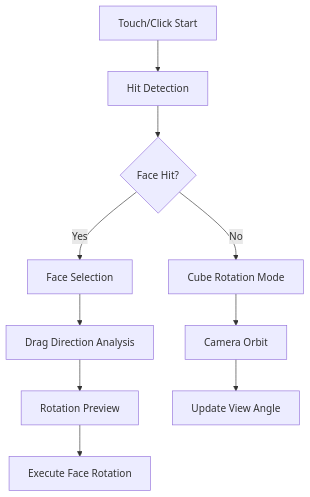
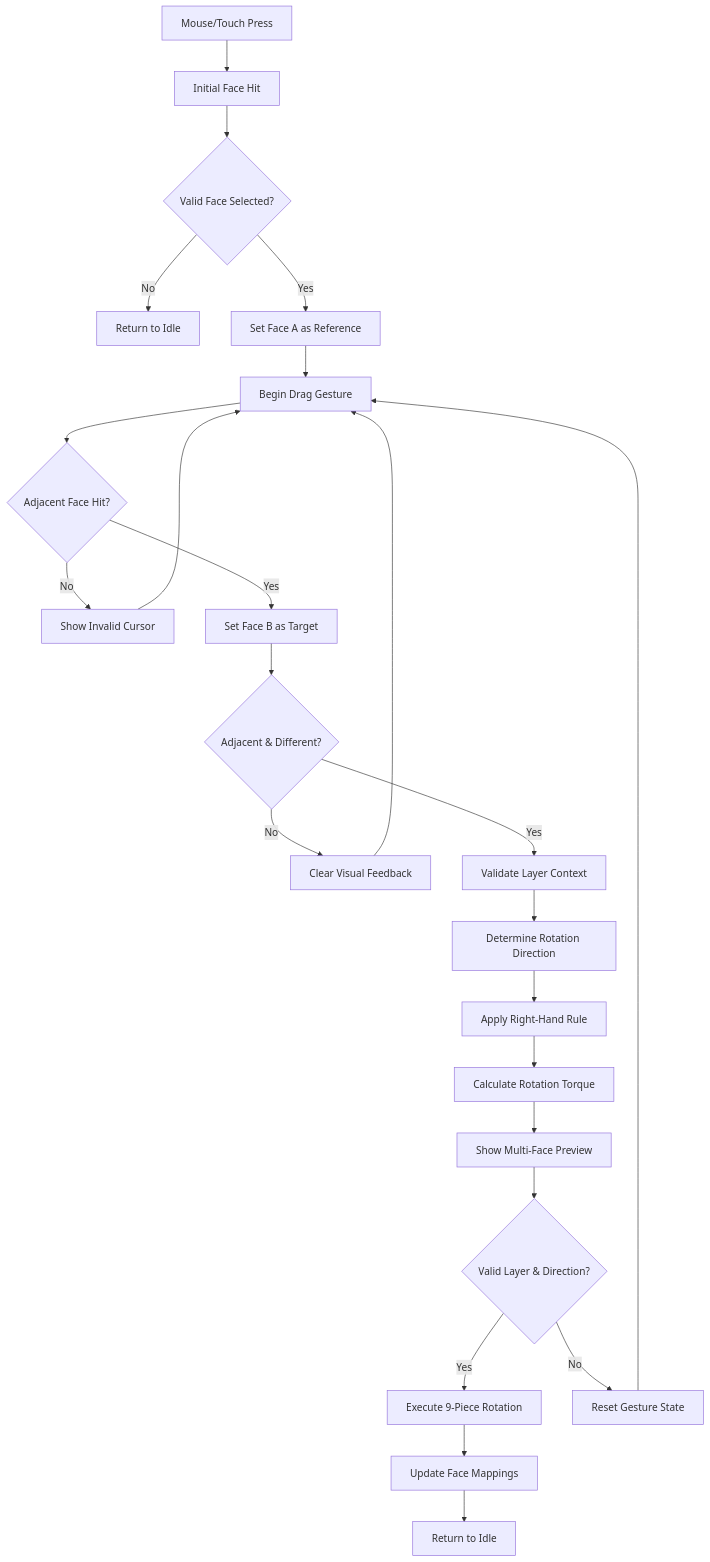
One commit to 1cf2/rubiks-cube changed the third of 3 diagrams in docs/ux-ui-architecture.md. Above: the diagram before and after it, drawn with Mermaid. The commit also changed other lines of this file and 10 other files, not shown here.

First line of the commit message:
feat: Implement face-to-face drag interaction system for Rubik's Cube

````diff
--- a/docs/ux-ui-architecture.md
+++ b/docs/ux-ui-architecture.md
@@ -112,12 +112,26 @@
 ```mermaid
 flowchart TD
-    A[Touch/Click Start] --> B[Hit Detection]
-    B --> C{Face Hit?}
-    C -->|Yes| D[Face Selection]
-    C -->|No| E[Cube Rotation Mode]
-    D --> F[Drag Direction Analysis]
-    F --> G[Rotation Preview]
-    G --> H[Execute Face Rotation]
-    E --> I[Camera Orbit]
-    I --> J[Update View Angle]
+    A[Mouse/Touch Press] --> B[Initial Face Hit]
+    B --> C{Valid Face Selected?}
+    C -->|No| D[Return to Idle]
+    C -->|Yes| E[Set Face A as Reference]
+    E --> F[Begin Drag Gesture]
+    F --> G{Adjacent Face Hit?}
+    G -->|No| H[Show Invalid Cursor]
+    G -->|Yes| I[Set Face B as Target]
+    I --> J{Adjacent & Different?}
+    J -->|No| K[Clear Visual Feedback]
+    J -->|Yes| L[Validate Layer Context]
+    L --> M[Determine Rotation Direction]
+    M --> N[Apply Right-Hand Rule]
+    N --> O[Calculate Rotation Torque]
+    O --> P[Show Multi-Face Preview]
+    P --> Q{Valid Layer & Direction?}
+    Q -->|Yes| R[Execute 9-Piece Rotation]
+    Q -->|No| S[Reset Gesture State]
+    R --> T[Update Face Mappings]
+    T --> U[Return to Idle]
+    H --> F
+    K --> F
+    S --> F
 ```
````
